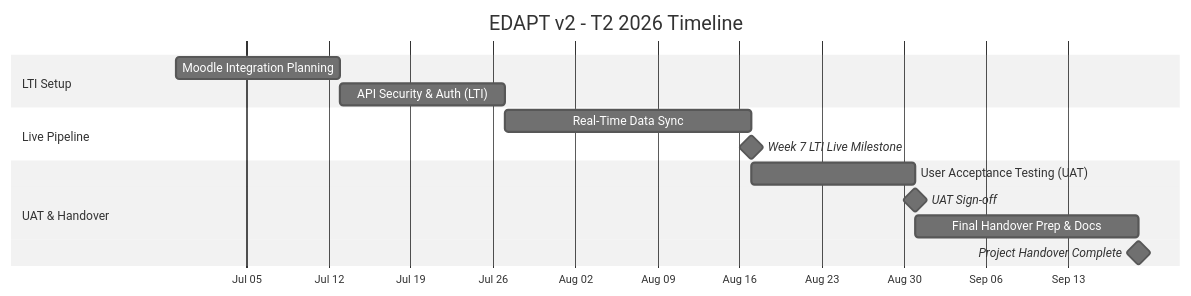
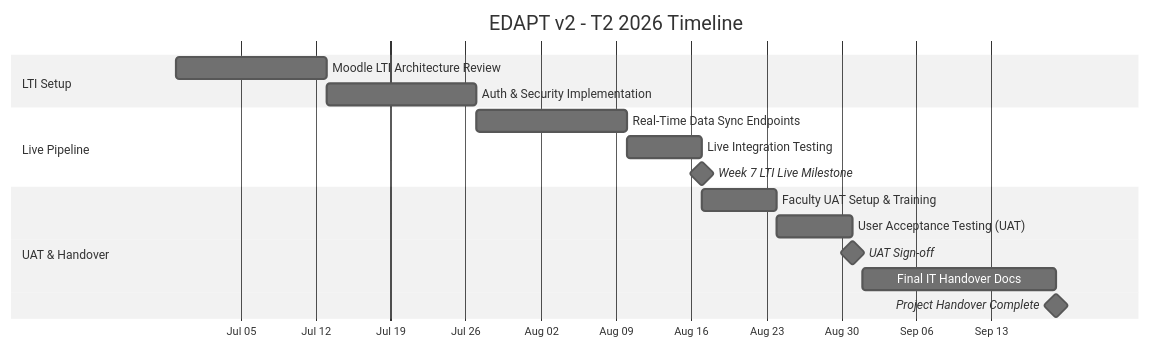
One commit to KOI-Capstone-Project/EDAPTv2 changed the second of 2 diagrams in README.md. Above: the diagram before and after it, drawn with Mermaid (neutral theme). The commit also changed other lines of this file, not shown here.

Commit message:
[GANTT]-(elaboration)Update the task actions items

````diff
--- a/README.md
+++ b/README.md
@@ -33,21 +39,23 @@
 ```mermaid
-%%{init: {'gantt': {'leftPadding': 150}}}%%
+%%{init: {'gantt': {'leftPadding': 150, 'rightPadding': 150}}}%%
 gantt
     title EDAPT v2 - T2 2026 Timeline
     dateFormat  YYYY-MM-DD
     axisFormat  %b %d
     
     section LTI Setup
-    Moodle Integration Planning   :b1, 2026-06-29, 14d
-    API Security & Auth (LTI)     :b2, after b1, 14d
+    Moodle LTI Architecture Review:b1, 2026-06-29, 14d
+    Auth & Security Implementation:b2, 2026-07-13, 14d
     
     section Live Pipeline
-    Real-Time Data Sync           :b3, after b2, 21d
+    Real-Time Data Sync Endpoints :b3, 2026-07-27, 14d
+    Live Integration Testing      :b4, 2026-08-10, 7d
     Week 7 LTI Live Milestone     :milestone, m4, 2026-08-17, 0d
     
     section UAT & Handover
-    User Acceptance Testing (UAT) :b4, after b3, 14d
+    Faculty UAT Setup & Training  :b5, 2026-08-17, 7d
+    User Acceptance Testing (UAT) :b6, 2026-08-24, 7d
     UAT Sign-off                  :milestone, m5, 2026-08-31, 0d
-    Final Handover Prep & Docs    :b5, after b4, 19d
+    Final IT Handover Docs        :b7, 2026-09-01, 18d
     Project Handover Complete     :milestone, m6, 2026-09-19, 0d
 ```
````
